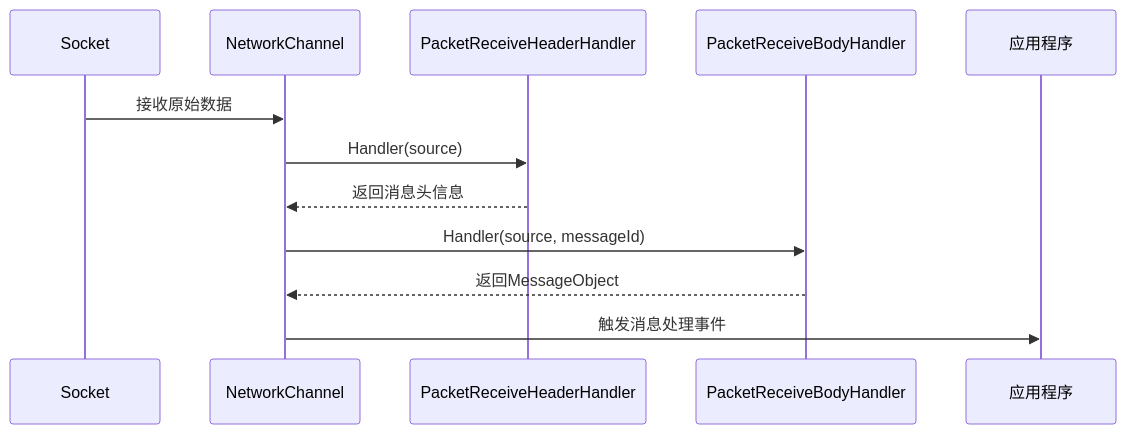
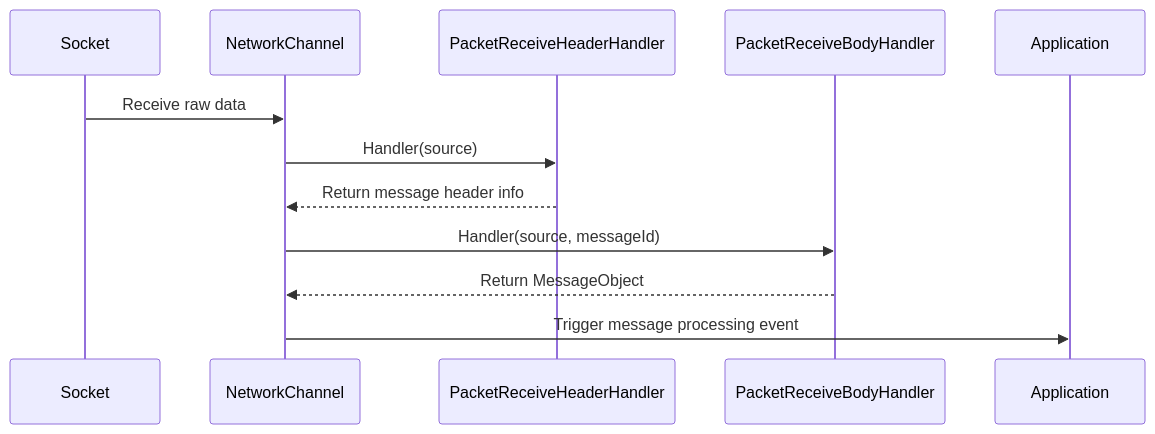
Before and after one commit to AlianBlank/GameFrameX.Docs: the fourth of 7 diagrams in docs/en/client/unity/component/network/01.overview.md, drawn with Mermaid. The commit also changed other lines of this file and 242 other files, not shown here.

````diff
--- a/docs/en/client/unity/component/network/01.overview.md
+++ b/docs/en/client/unity/component/network/01.overview.md
@@ -258,15 +258,15 @@
 ```mermaid
 sequenceDiagram
     participant Socket as Socket
     participant NC as NetworkChannel
     participant PRH as PacketReceiveHeaderHandler
     participant PRB as PacketReceiveBodyHandler
-    participant App as 应用程序
-    
-    Socket->>NC: 接收原始数据
+    participant App as Application
+
+    Socket->>NC: Receive raw data
     NC->>PRH: Handler(source)
-    PRH-->>NC: 返回消息头信息
+    PRH-->>NC: Return message header info
     NC->>PRB: Handler(source, messageId)
-    PRB-->>NC: 返回MessageObject
-    NC->>App: 触发消息处理事件
+    PRB-->>NC: Return MessageObject
+    NC->>App: Trigger message processing event
 ```
````
